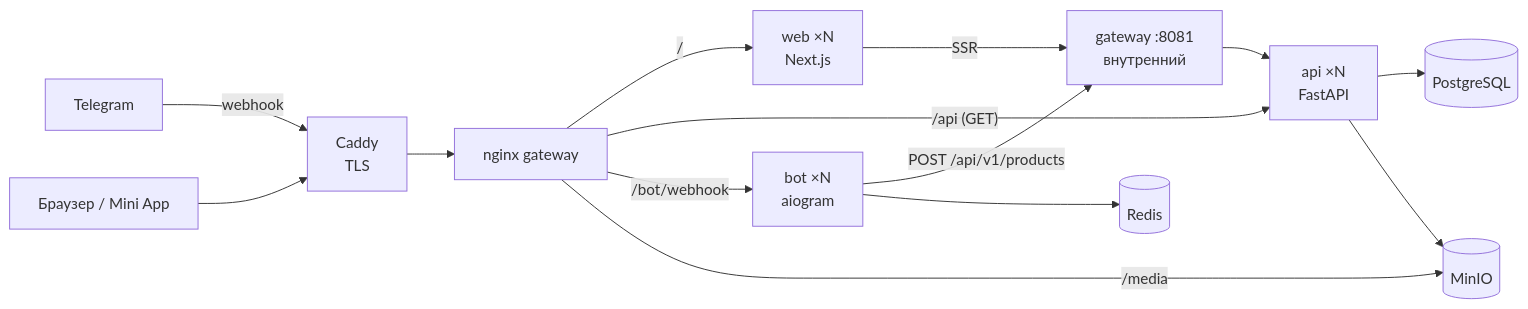
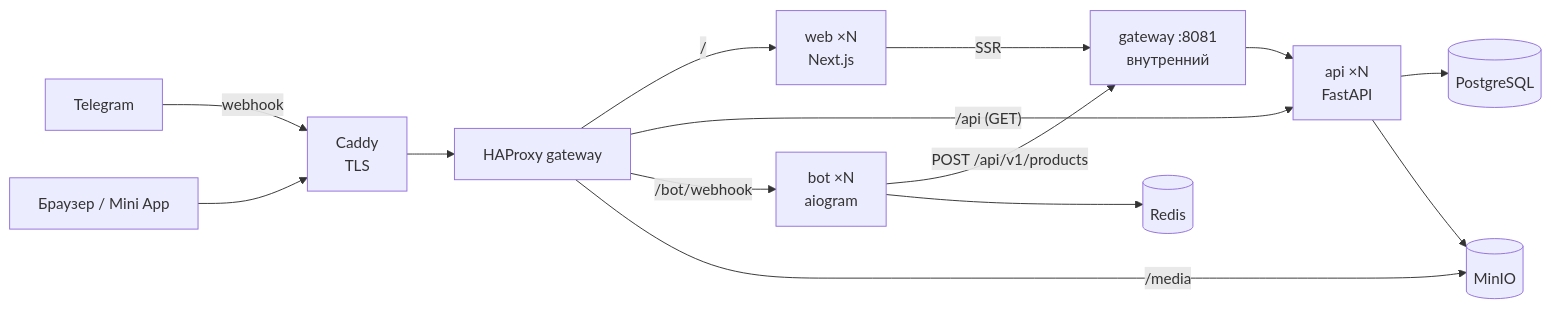
Before and after one commit to bug1vuge/INVIX-bot: the diagram in README.md, drawn with Mermaid. The commit also changed other lines of this file, not shown here.

Commit message:
docs: describe the HAProxy gateway and the smoke test

````diff
--- a/README.md
+++ b/README.md
@@ -16,19 +16,19 @@
 ```mermaid
 flowchart LR
     TG[Telegram] -- webhook --> EDGE
     U[Браузер / Mini App] --> EDGE
-    EDGE[Caddy<br/>TLS] --> GW[nginx gateway]
+    EDGE[Caddy<br/>TLS] --> GW[HAProxy gateway]
 
     GW -- "/" --> WEB[web ×N<br/>Next.js]
     GW -- "/api (GET)" --> API[api ×N<br/>FastAPI]
     GW -- "/bot/webhook" --> BOT[bot ×N<br/>aiogram]
     GW -- "/media" --> S3[(MinIO)]
 
     WEB -- SSR --> GWI[gateway :8081<br/>внутренний]
     BOT -- "POST /api/v1/products" --> GWI
     GWI --> API
 
     API --> PG[(PostgreSQL)]
     API --> S3
     BOT --> R[(Redis)]
 ```
````
